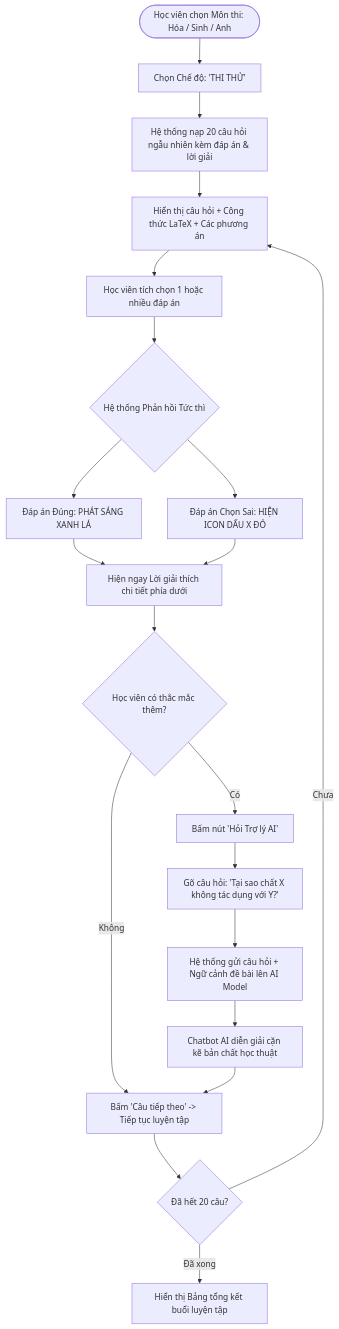
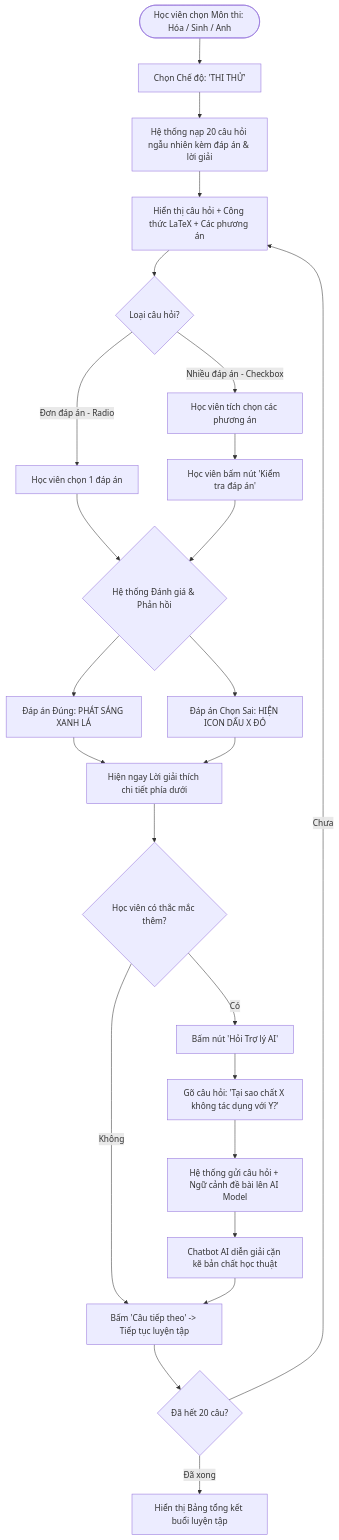
One commit to sunlight3d/VietIS changed the diagram in vibercodeDate21-09-2026/exam-app/flows/03-thi-thu-ai-chatbot.md. Above: the diagram before and after it, drawn with Mermaid. The commit also changed other lines of this file and 15 other files, not shown here.

Commit message:
fix(security & flows): resolve 8 critical database flaws, anti-cheat, missing flows and permission models

````diff
--- a/vibercodeDate21-09-2026/exam-app/flows/03-thi-thu-ai-chatbot.md
+++ b/vibercodeDate21-09-2026/exam-app/flows/03-thi-thu-ai-chatbot.md
@@ -11,26 +11,33 @@
 ```mermaid
 flowchart TD
     Start([Học viên chọn Môn thi: Hóa / Sinh / Anh]) --> ChooseMode[Chọn Chế độ: 'THI THỬ']
     ChooseMode --> FetchPractice[Hệ thống nạp 20 câu hỏi ngẫu nhiên kèm đáp án & lời giải]
     FetchPractice --> RenderQ[Hiển thị câu hỏi + Công thức LaTeX + Các phương án]
     
-    RenderQ --> StudentSelect[Học viên tích chọn 1 hoặc nhiều đáp án]
-    StudentSelect --> InstantFeedback{Hệ thống Phản hồi Tức thì}
+    RenderQ --> CheckQType{Loại câu hỏi?}
     
+    CheckQType -->|Đơn đáp án - Radio| SelectSingle[Học viên chọn 1 đáp án]
+    SelectSingle --> InstantFeedback
+    
+    CheckQType -->|Nhiều đáp án - Checkbox| SelectMulti[Học viên tích chọn các phương án]
+    SelectMulti --> ClickVerify[Học viên bấm nút 'Kiểm tra đáp án']
+    ClickVerify --> InstantFeedback
+    
+    InstantFeedback{Hệ thống Đánh giá & Phản hồi}
     InstantFeedback --> HighlightGreen[Đáp án Đúng: PHÁT SÁNG XANH LÁ]
     InstantFeedback --> HighlightRed[Đáp án Chọn Sai: HIỆN ICON DẤU X ĐỎ]
     HighlightGreen --> ShowExplain[Hiện ngay Lời giải thích chi tiết phía dưới]
     HighlightRed --> ShowExplain
     
     ShowExplain --> AskAIChoice{Học viên có thắc mắc thêm?}
     AskAIChoice -->|Không| NextQuestion[Bấm 'Câu tiếp theo' -> Tiếp tục luyện tập]
     AskAIChoice -->|Có| OpenAIChat[Bấm nút 'Hỏi Trợ lý AI']
     
     OpenAIChat --> TypePrompt[Gõ câu hỏi: 'Tại sao chất X không tác dụng với Y?']
     TypePrompt --> AICall[Hệ thống gửi câu hỏi + Ngữ cảnh đề bài lên AI Model]
     AICall --> AIResponse[Chatbot AI diễn giải cặn kẽ bản chất học thuật]
     AIResponse --> NextQuestion
     NextQuestion --> CheckFinished{Đã hết 20 câu?}
     CheckFinished -->|Chưa| RenderQ
     CheckFinished -->|Đã xong| SummaryView[Hiển thị Bảng tổng kết buổi luyện tập]
 ```
````
